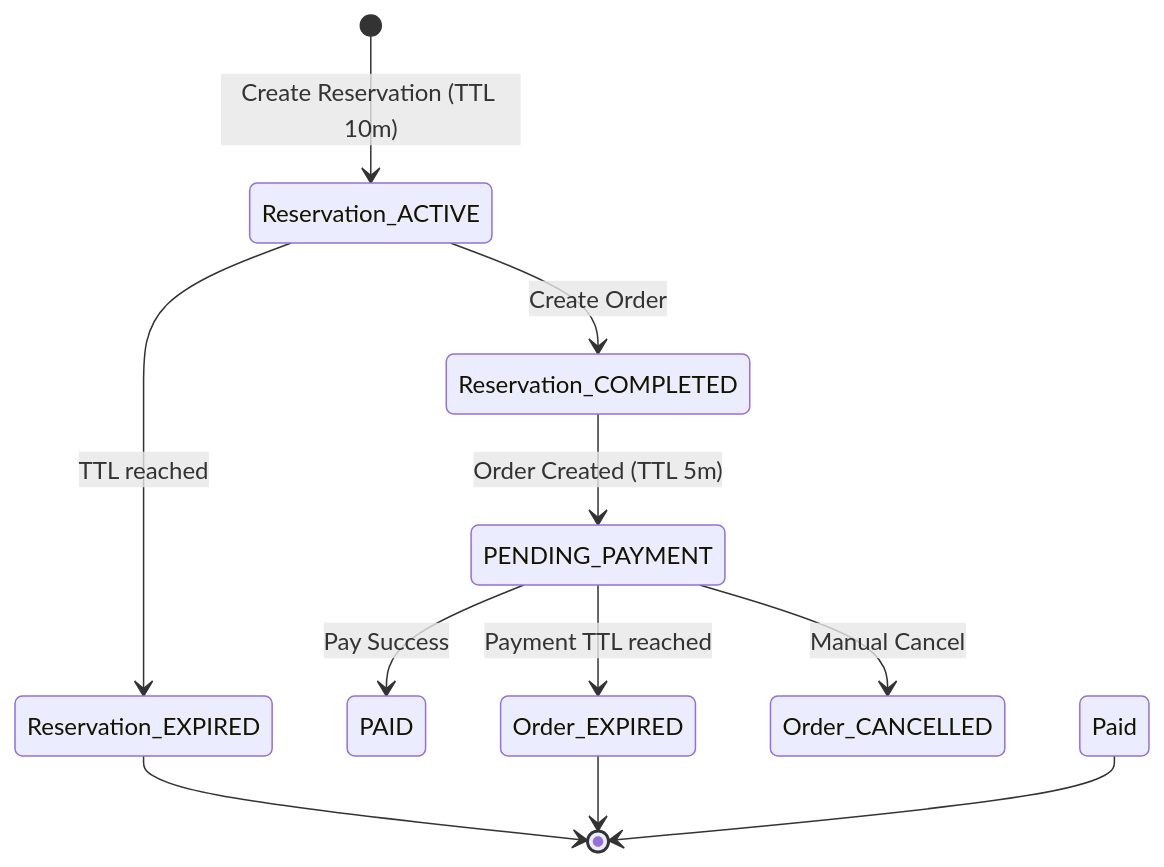
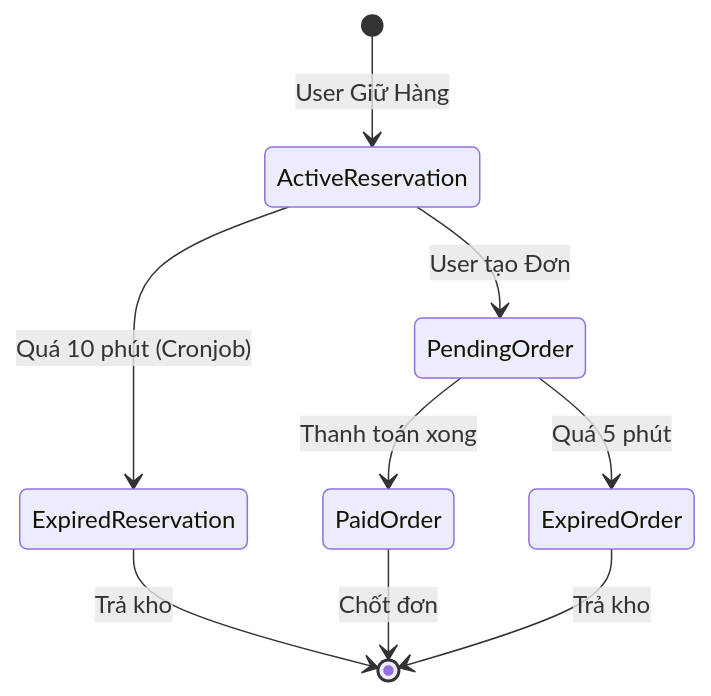
Before and after one commit to chanh1311/flash_sale: the second of 2 diagrams in DESIGN.md, drawn with Mermaid. The commit also changed other lines of this file and 1 other file, not shown here.

````diff
--- a/DESIGN.md
+++ b/DESIGN.md
@@ -61,17 +54,13 @@
 ```mermaid
 stateDiagram-v2
-    [*] --> Reservation_ACTIVE: Create Reservation (TTL 10m)
+    [*] --> ActiveReservation: User Giữ Hàng
+    ActiveReservation --> ExpiredReservation: Quá 10 phút (Cronjob)
+    ActiveReservation --> PendingOrder: User tạo Đơn
     
-    Reservation_ACTIVE --> Reservation_EXPIRED: TTL reached
-    Reservation_ACTIVE --> Reservation_COMPLETED: Create Order
+    PendingOrder --> PaidOrder: Thanh toán xong
+    PendingOrder --> ExpiredOrder: Quá 5 phút
     
-    Reservation_COMPLETED --> PENDING_PAYMENT: Order Created (TTL 5m)
-    
-    PENDING_PAYMENT --> PAID: Pay Success
-    PENDING_PAYMENT --> Order_EXPIRED: Payment TTL reached
-    PENDING_PAYMENT --> Order_CANCELLED: Manual Cancel
-    
-    Paid --> [*]
-    Reservation_EXPIRED --> [*]
-    Order_EXPIRED --> [*]
+    ExpiredReservation --> [*]: Trả kho
+    PaidOrder --> [*]: Chốt đơn
+    ExpiredOrder --> [*]: Trả kho
 ```
````
